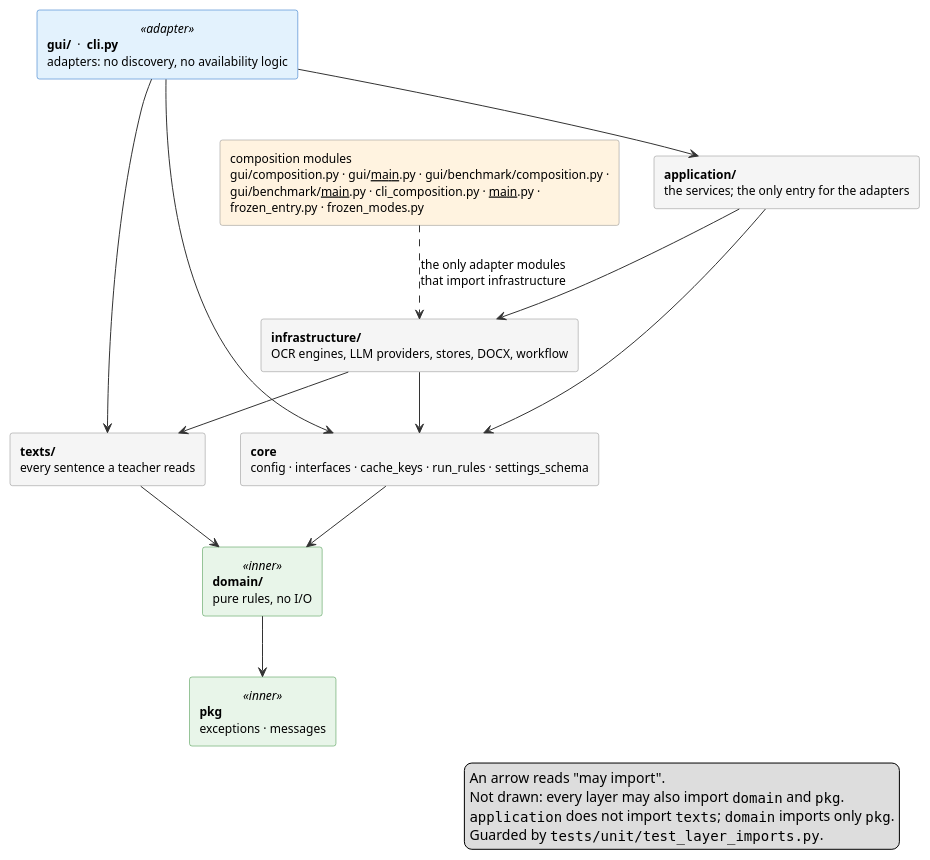
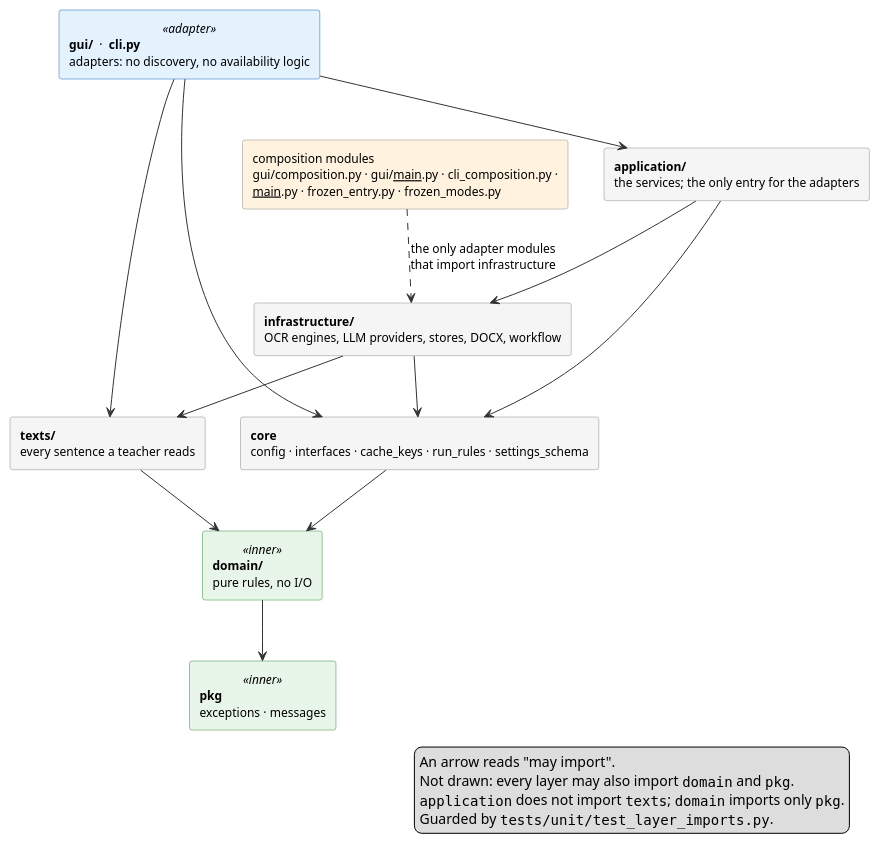
Before and after one commit to JoHoenk/teachers-teammate: the diagram in docs/assets/layers.puml, drawn with PlantUML. The commit also changed 173 other files, not shown here.

First line of the commit message:
[domain, app, infra, gui, texts, tests, docs, tool, packaging] Compare proofreading models on one text instead of the OCR Benchmark (#203)

```diff
--- a/docs/assets/layers.puml
+++ b/docs/assets/layers.puml
@@ -1,49 +1,49 @@
 @startuml Teacher's Teammate — Layers
 top to bottom direction
 
 skinparam defaultFontSize 12
 skinparam shadowing false
 skinparam arrowColor #333333
 skinparam rectangle {
   BackgroundColor #F5F5F5
   BorderColor #888888
 }
 skinparam rectangle<<adapter>> {
   BackgroundColor #E3F2FD
   BorderColor #1565C0
 }
 skinparam rectangle<<inner>> {
   BackgroundColor #E8F5E9
   BorderColor #388E3C
 }
 
 rectangle "**gui/**  ·  **cli.py**\nadapters: no discovery, no availability logic" as ADAPT <<adapter>>
 rectangle "**application/**\nthe services; the only entry for the adapters" as APP
 rectangle "**infrastructure/**\nOCR engines, LLM providers, stores, DOCX, workflow" as INFRA
 rectangle "**texts/**\nevery sentence a teacher reads" as TEXTS
 rectangle "**core**\nconfig · interfaces · cache_keys · run_rules · settings_schema" as CORE
 rectangle "**domain/**\npure rules, no I/O" as DOMAIN <<inner>>
 rectangle "**pkg**\nexceptions · messages" as PKG <<inner>>
 
 ADAPT --> APP
 ADAPT --> CORE
 ADAPT --> TEXTS
 APP --> INFRA
 APP --> CORE
 INFRA --> CORE
 INFRA --> TEXTS
 CORE --> DOMAIN
 TEXTS --> DOMAIN
 DOMAIN --> PKG
 
-rectangle "composition modules\ngui/composition.py · gui/__main__.py · gui/benchmark/composition.py ·\ngui/benchmark/__main__.py · cli_composition.py · __main__.py ·\nfrozen_entry.py · frozen_modes.py" as COMP #FFF3E0
+rectangle "composition modules\ngui/composition.py · gui/__main__.py · cli_composition.py ·\n__main__.py · frozen_entry.py · frozen_modes.py" as COMP #FFF3E0
 COMP .down.> INFRA : the only adapter modules\nthat import infrastructure
 
 legend right
   An arrow reads "may import".
   Not drawn: every layer may also import ""domain"" and ""pkg"".
   ""application"" does not import ""texts""; ""domain"" imports only ""pkg"".
   Guarded by ""tests/unit/test_layer_imports.py"".
 endlegend
 
 @enduml
```
